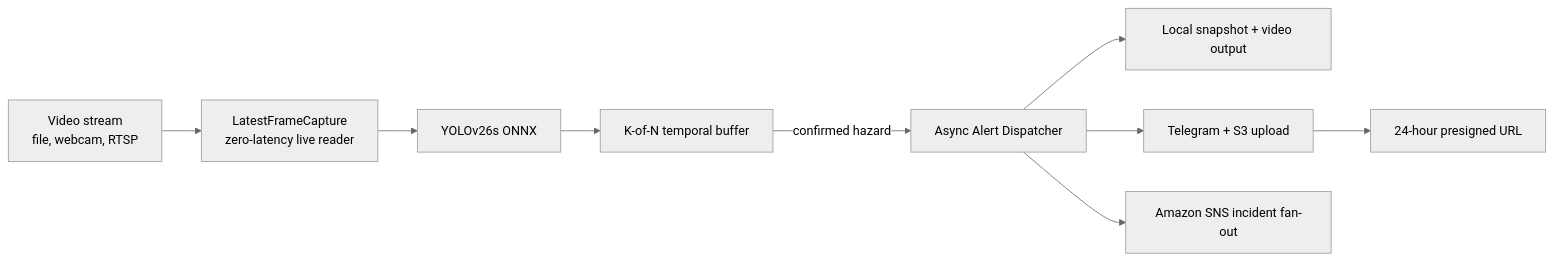
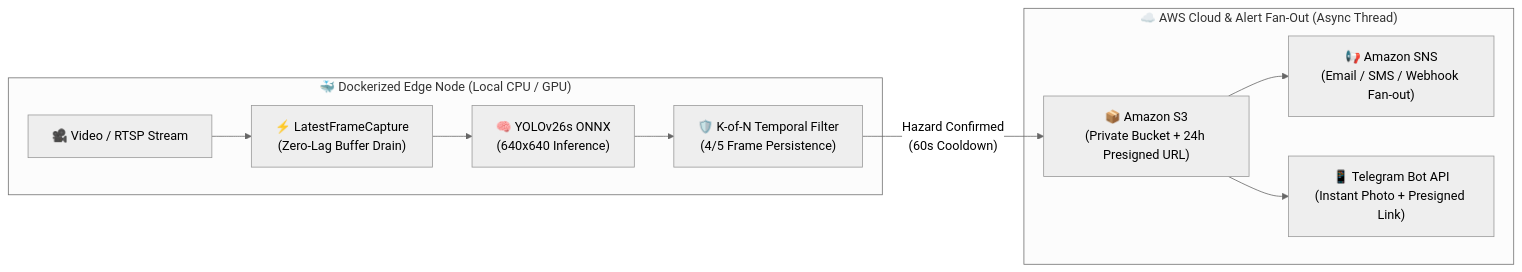
The diagram in README.md (Viseth101/DL_Fire_And_Smoke_Detection_YOLO), drawn with Mermaid (neutral theme) before and after one commit. The commit also changed other lines of this file and 1 other file, not shown here.

Commit message:
feat: add demo video to showcase deployment capabilities

````diff
--- a/README.md
+++ b/README.md
@@ -19,11 +28,14 @@
 ```mermaid
 flowchart LR
-    A[Video stream<br/>file, webcam, RTSP] --> B[LatestFrameCapture<br/>zero-latency live reader]
-    B --> C[YOLOv26s ONNX]
-    C --> D[K-of-N temporal buffer]
-    D -->|confirmed hazard| E[Async Alert Dispatcher]
-    E --> F[Local snapshot + video output]
-    E --> G[Telegram + S3 upload]
-    G --> H[24-hour presigned URL]
-    E --> I[Amazon SNS incident fan-out]
+    subgraph Edge ["🐳 Dockerized Edge Node (Local CPU / GPU)"]
+        A["🎥 Video / RTSP Stream"] --> B["⚡ LatestFrameCapture\n(Zero-Lag Buffer Drain)"]
+        B --> C["🧠 YOLOv26s ONNX\n(640x640 Inference)"]
+        C --> D["🛡️ K-of-N Temporal Filter\n(4/5 Frame Persistence)"]
+    end
+
+    subgraph Cloud ["☁️ AWS Cloud & Alert Fan-Out (Async Thread)"]
+        D -- "Hazard Confirmed\n(60s Cooldown)" --> E["📦 Amazon S3\n(Private Bucket + 24h Presigned URL)"]
+        E --> F["📢 Amazon SNS\n(Email / SMS / Webhook Fan-out)"]
+        E --> G["📱 Telegram Bot API\n(Instant Photo + Presigned Link)"]
+    end
 ```
````
